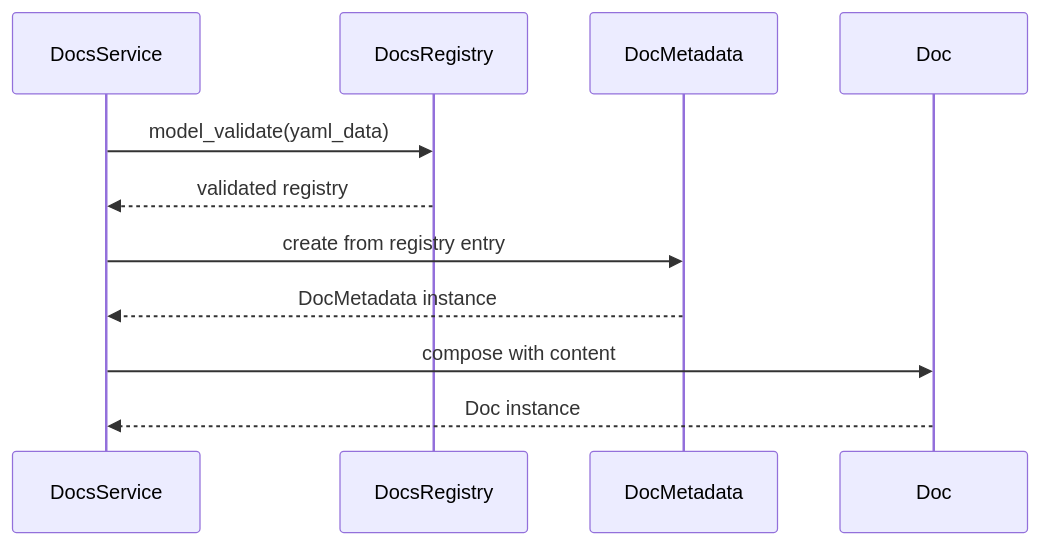
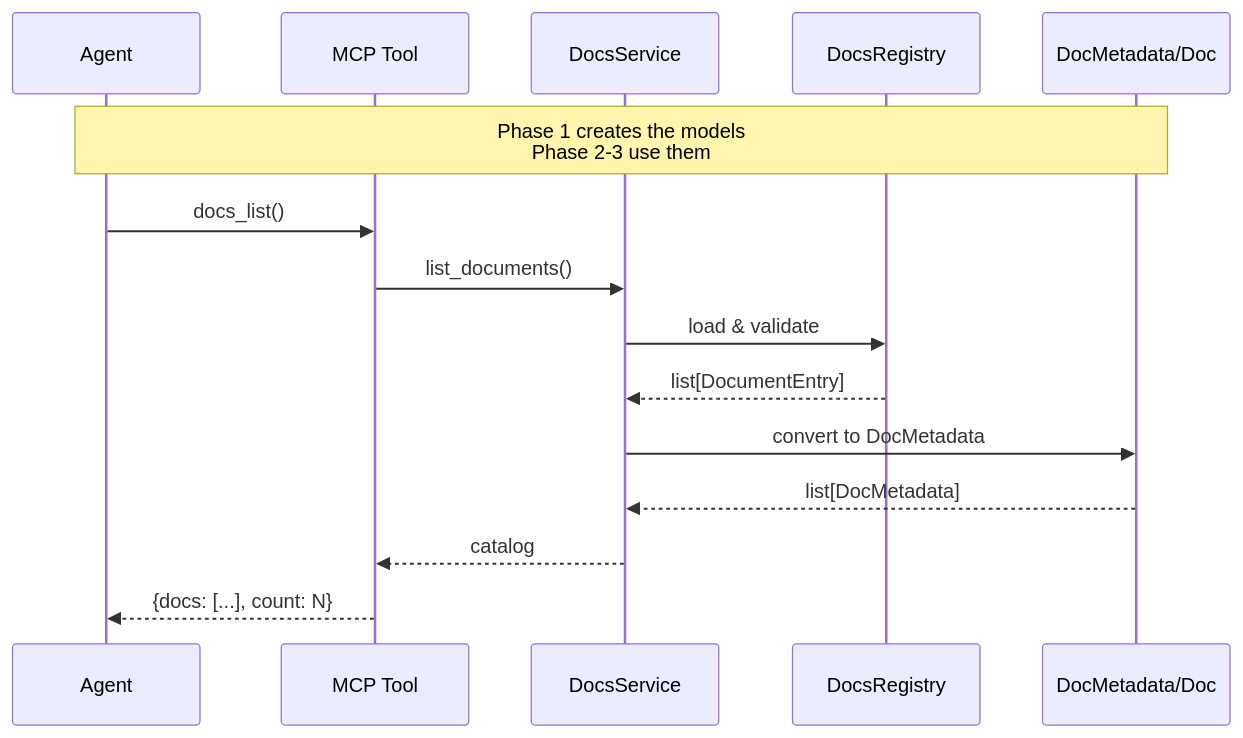
One commit to AI-Substrate/flow_squared changed the third of 3 diagrams in docs/plans/014-mcp-doco/tasks/phase-1-domain-models-and-registry/tasks.md. Above: the diagram before and after it, drawn with Mermaid. The commit also changed other lines of this file and 17 other files, not shown here.

````diff
--- a/docs/plans/014-mcp-doco/tasks/phase-1-domain-models-and-registry/tasks.md
+++ b/docs/plans/014-mcp-doco/tasks/phase-1-domain-models-and-registry/tasks.md
@@ -220,14 +235,19 @@
 ```mermaid
 sequenceDiagram
+    participant Agent
+    participant MCP as MCP Tool
     participant Service as DocsService
     participant Registry as DocsRegistry
-    participant Meta as DocMetadata
-    participant Doc as Doc
+    participant Model as DocMetadata/Doc
 
-    Service->>Registry: model_validate(yaml_data)
-    Registry-->>Service: validated registry
-    Service->>Meta: create from registry entry
-    Meta-->>Service: DocMetadata instance
-    Service->>Doc: compose with content
-    Doc-->>Service: Doc instance
+    Note over Agent,Model: Phase 1 creates the models<br/>Phase 2-3 use them
+
+    Agent->>MCP: docs_list()
+    MCP->>Service: list_documents()
+    Service->>Registry: load & validate
+    Registry-->>Service: list[DocumentEntry]
+    Service->>Model: convert to DocMetadata
+    Model-->>Service: list[DocMetadata]
+    Service-->>MCP: catalog
+    MCP-->>Agent: {docs: [...], count: N}
 ```
````
